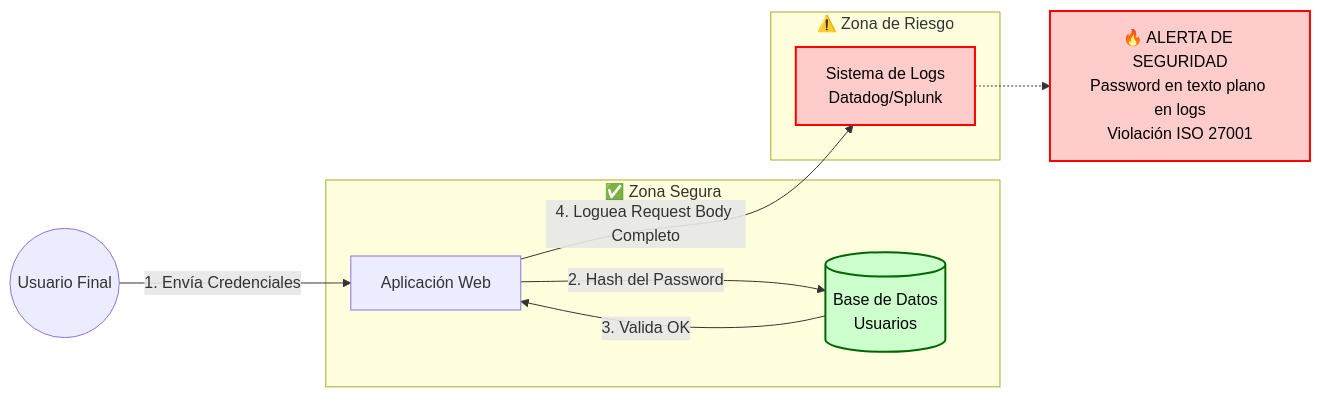
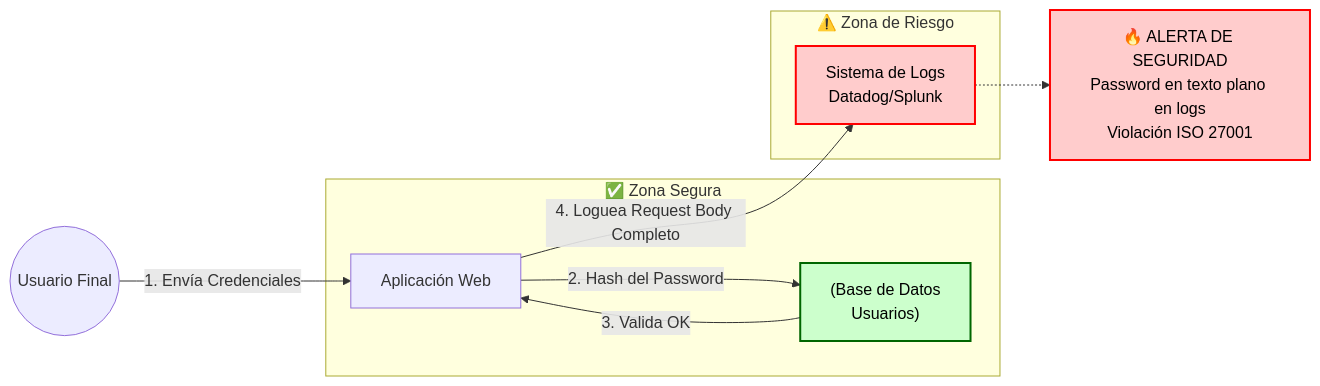
Before and after one commit to santosdevco/all_as_code: the first of 3 diagrams in docs/all-as-code/03_seguridad.md, drawn with Mermaid. The commit also changed other lines of this file and 77 other files, not shown here.

````diff
--- a/docs/all-as-code/03_seguridad.md
+++ b/docs/all-as-code/03_seguridad.md
@@ -38,33 +41,33 @@
     ```mermaid
     graph LR
         %% Definición de Nodos
-        User((Usuario Final))
-        WebApp[Aplicación Web]
-        LogSys[Sistema de Logs<br/>Datadog/Splunk]
-        DB[(Base de Datos<br/>Usuarios)]
+        User(("Usuario Final"))
+        WebApp["Aplicación Web"]
+        LogSys["Sistema de Logs<br/>Datadog/Splunk"]
+        DB["(Base de Datos<br/>Usuarios)"]
         
         %% Estilos para resaltar el peligro
         classDef danger fill:#ffcccc,stroke:#ff0000,stroke-width:2px,color:#000;
         classDef safe fill:#ccffcc,stroke:#006600,stroke-width:2px,color:#000;
 
         %% El Flujo
         User -- "1. Envía Credenciales" --> WebApp
         
         subgraph Segura["✅ Zona Segura"]
             WebApp -- "2. Hash del Password" --> DB
             DB -- "3. Valida OK" --> WebApp
         end
 
         subgraph Riesgo["⚠️ Zona de Riesgo"]
             WebApp -- "4. Loguea Request Body Completo" --> LogSys
         end
 
         %% Anotación del problema
-        Note[🔥 ALERTA DE SEGURIDAD<br/>Password en texto plano en logs<br/>Violación ISO 27001]
+        Note["🔥 ALERTA DE SEGURIDAD<br/>Password en texto plano en logs<br/>Violación ISO 27001"]
         
         LogSys -.-> Note
         
         %% Aplicar estilos
         class LogSys,Note danger;
         class DB safe;
     ```
````
